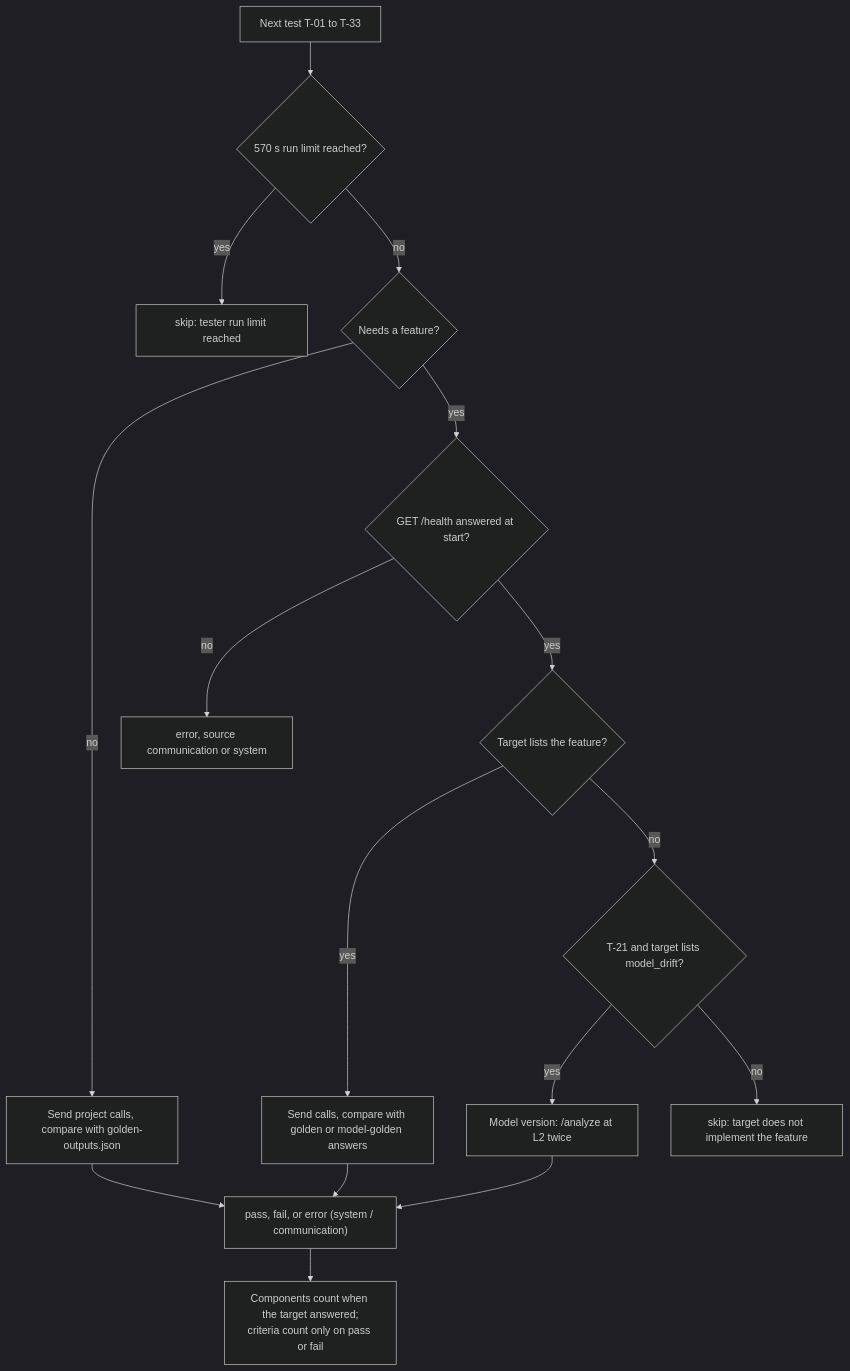
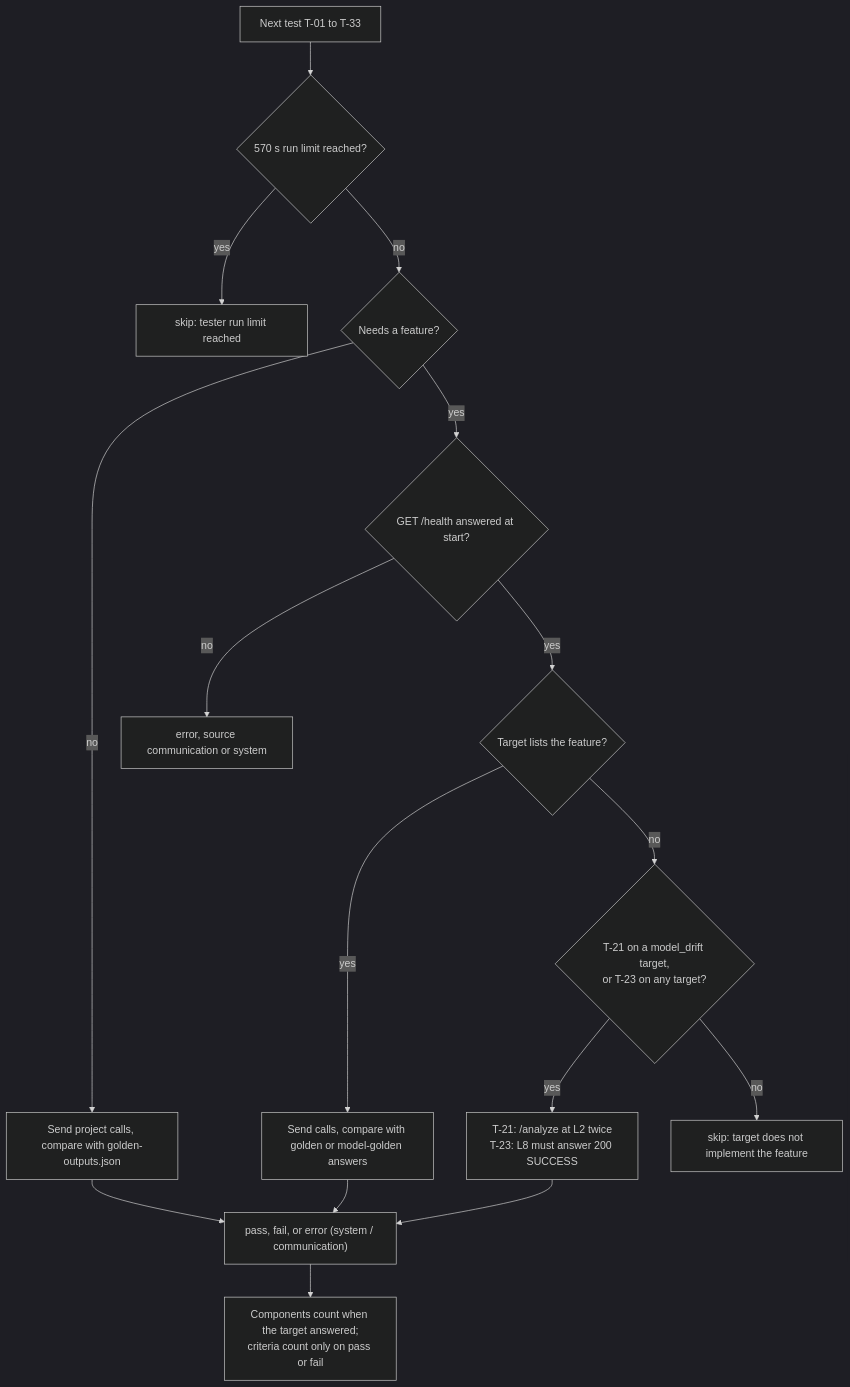
The diagram in docs/models/tester-outcome.mmd (ParthGupta06/doc-tracker), drawn with Mermaid (dark theme) before and after one commit. The commit also changed 12 other files, not shown here.

```diff
--- a/docs/models/tester-outcome.mmd
+++ b/docs/models/tester-outcome.mmd
@@ -1,16 +1,16 @@
 flowchart TD
   Start["Next test T-01 to T-33"] --> Limit{"570 s run limit reached?"}
   Limit -->|yes| SkipLimit["skip: tester run limit reached"]
   Limit -->|no| Needs{"Needs a feature?"}
   Needs -->|no| Run["Send project calls, compare with golden-outputs.json"]
   Needs -->|yes| Health{"GET /health answered at start?"}
   Health -->|no| ErrHealth["error, source communication or system"]
   Health -->|yes| Has{"Target lists the feature?"}
   Has -->|yes| Run2["Send calls, compare with golden or model-golden answers"]
-  Has -->|no| Fallback{"T-21 and target lists model_drift?"}
-  Fallback -->|yes| L2["Model version: /analyze at L2 twice"]
+  Has -->|no| Fallback{"T-21 on a model_drift target,<br/>or T-23 on any target?"}
+  Fallback -->|yes| L2["T-21: /analyze at L2 twice<br/>T-23: L8 must answer 200 SUCCESS"]
   Fallback -->|no| SkipFeat["skip: target does not implement the feature"]
   Run --> Outcome["pass, fail, or error (system / communication)"]
   Run2 --> Outcome
   L2 --> Outcome
   Outcome --> Cover["Components count when the target answered;<br/>criteria count only on pass or fail"]
```
